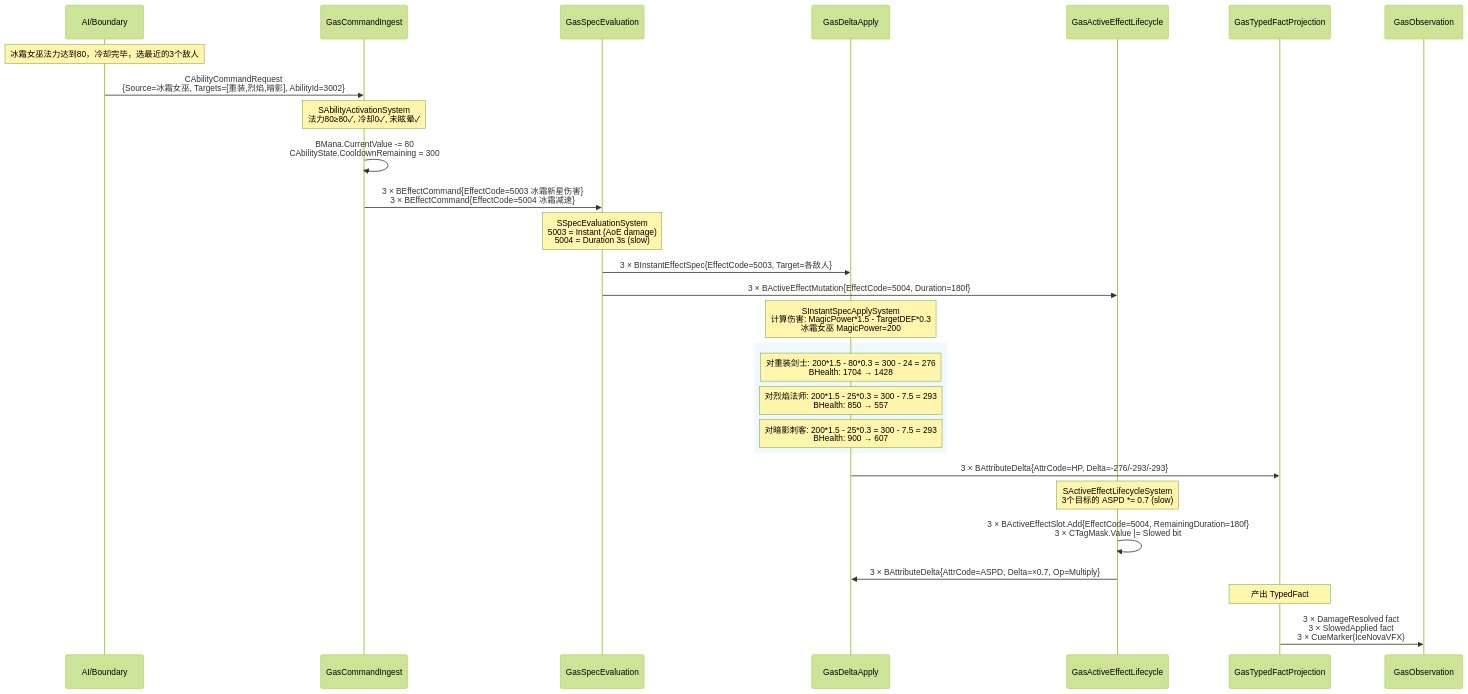
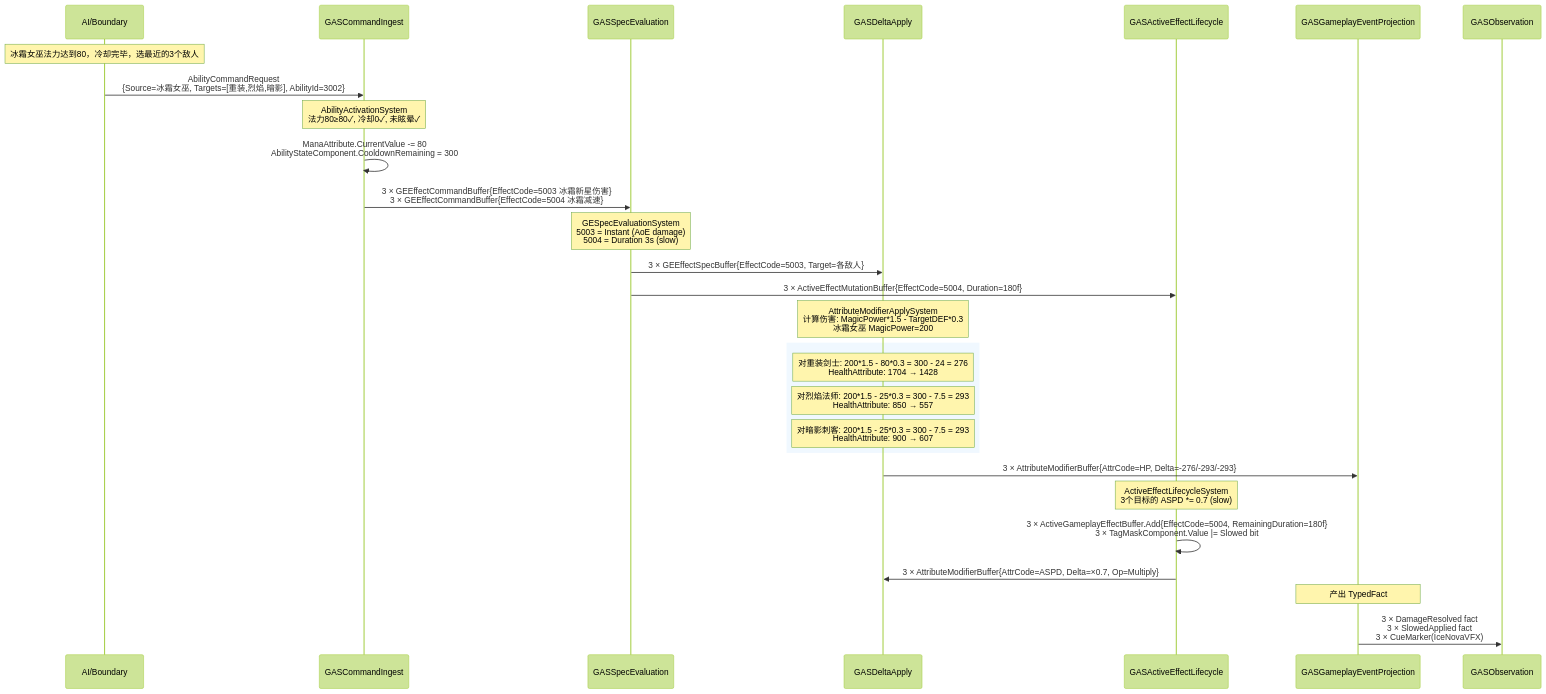
The second of 4 diagrams in 方案讨论/针对2.0的ECS架构的迭代方案讨论/当前路线/01-目标态架构共识/10B-AutoChess完整业务案例设计Spec.md (Bo-ki/gameplay-ability-system-for-unity), drawn with Mermaid (forest theme) before and after one commit. The commit also changed other lines of this file and 15 other files, not shown here.

````diff
--- a/方案讨论/针对2.0的ECS架构的迭代方案讨论/当前路线/01-目标态架构共识/10B-AutoChess完整业务案例设计Spec.md
+++ b/方案讨论/针对2.0的ECS架构的迭代方案讨论/当前路线/01-目标态架构共识/10B-AutoChess完整业务案例设计Spec.md
@@ -1888,39 +1888,39 @@
 ```mermaid
 sequenceDiagram
     participant AI as AI/Boundary
-    participant Ingest as GasCommandIngest
-    participant Spec as GasSpecEvaluation
-    participant Delta as GasDeltaApply
-    participant Lifecycle as GasActiveEffectLifecycle
-    participant Fact as GasTypedFactProjection
-    participant Obs as GasObservation
+    participant Ingest as GASCommandIngest
+    participant Spec as GASSpecEvaluation
+    participant Delta as GASDeltaApply
+    participant Lifecycle as GASActiveEffectLifecycle
+    participant Fact as GASGameplayEventProjection
+    participant Obs as GASObservation
 
     Note over AI: 冰霜女巫法力达到80，冷却完毕，选最近的3个敌人
-    AI->>Ingest: CAbilityCommandRequest<br/>{Source=冰霜女巫, Targets=[重装,烈焰,暗影], AbilityId=3002}
+    AI->>Ingest: AbilityCommandRequest<br/>{Source=冰霜女巫, Targets=[重装,烈焰,暗影], AbilityId=3002}
 
-    Note over Ingest: SAbilityActivationSystem<br/>法力80≥80✓, 冷却0✓, 未眩晕✓
-    Ingest->>Ingest: BMana.CurrentValue -= 80<br/>CAbilityState.CooldownRemaining = 300
-    Ingest->>Spec: 3 × BEffectCommand{EffectCode=5003 冰霜新星伤害}<br/>3 × BEffectCommand{EffectCode=5004 冰霜减速}
+    Note over Ingest: AbilityActivationSystem<br/>法力80≥80✓, 冷却0✓, 未眩晕✓
+    Ingest->>Ingest: ManaAttribute.CurrentValue -= 80<br/>AbilityStateComponent.CooldownRemaining = 300
+    Ingest->>Spec: 3 × GEEffectCommandBuffer{EffectCode=5003 冰霜新星伤害}<br/>3 × GEEffectCommandBuffer{EffectCode=5004 冰霜减速}
 
-    Note over Spec: SSpecEvaluationSystem<br/>5003 = Instant (AoE damage)<br/>5004 = Duration 3s (slow)
+    Note over Spec: GESpecEvaluationSystem<br/>5003 = Instant (AoE damage)<br/>5004 = Duration 3s (slow)
 
-    Spec->>Delta: 3 × BInstantEffectSpec{EffectCode=5003, Target=各敌人}
-    Spec->>Lifecycle: 3 × BActiveEffectMutation{EffectCode=5004, Duration=180f}
+    Spec->>Delta: 3 × GEEffectSpecBuffer{EffectCode=5003, Target=各敌人}
+    Spec->>Lifecycle: 3 × ActiveEffectMutationBuffer{EffectCode=5004, Duration=180f}
 
-    Note over Delta: SInstantSpecApplySystem<br/>计算伤害: MagicPower*1.5 - TargetDEF*0.3<br/>冰霜女巫 MagicPower=200
+    Note over Delta: AttributeModifierApplySystem<br/>计算伤害: MagicPower*1.5 - TargetDEF*0.3<br/>冰霜女巫 MagicPower=200
 
     rect rgb(240, 248, 255)
-        Note over Delta: 对重装剑士: 200*1.5 - 80*0.3 = 300 - 24 = 276<br/>BHealth: 1704 → 1428
-        Note over Delta: 对烈焰法师: 200*1.5 - 25*0.3 = 300 - 7.5 = 293<br/>BHealth: 850 → 557
-        Note over Delta: 对暗影刺客: 200*1.5 - 25*0.3 = 300 - 7.5 = 293<br/>BHealth: 900 → 607
+        Note over Delta: 对重装剑士: 200*1.5 - 80*0.3 = 300 - 24 = 276<br/>HealthAttribute: 1704 → 1428
+        Note over Delta: 对烈焰法师: 200*1.5 - 25*0.3 = 300 - 7.5 = 293<br/>HealthAttribute: 850 → 557
+        Note over Delta: 对暗影刺客: 200*1.5 - 25*0.3 = 300 - 7.5 = 293<br/>HealthAttribute: 900 → 607
     end
 
-    Delta->>Fact: 3 × BAttributeDelta{AttrCode=HP, Delta=-276/-293/-293}
+    Delta->>Fact: 3 × AttributeModifierBuffer{AttrCode=HP, Delta=-276/-293/-293}
 
-    Note over Lifecycle: SActiveEffectLifecycleSystem<br/>3个目标的 ASPD *= 0.7 (slow)
-    Lifecycle->>Lifecycle: 3 × BActiveEffectSlot.Add{EffectCode=5004, RemainingDuration=180f}<br/>3 × CTagMask.Value |= Slowed bit
-    Lifecycle->>Delta: 3 × BAttributeDelta{AttrCode=ASPD, Delta=×0.7, Op=Multiply}
+    Note over Lifecycle: ActiveEffectLifecycleSystem<br/>3个目标的 ASPD *= 0.7 (slow)
+    Lifecycle->>Lifecycle: 3 × ActiveGameplayEffectBuffer.Add{EffectCode=5004, RemainingDuration=180f}<br/>3 × TagMaskComponent.Value |= Slowed bit
+    Lifecycle->>Delta: 3 × AttributeModifierBuffer{AttrCode=ASPD, Delta=×0.7, Op=Multiply}
 
     Note over Fact: 产出 TypedFact
     Fact->>Obs: 3 × DamageResolved fact<br/>3 × SlowedApplied fact<br/>3 × CueMarker(IceNovaVFX)
 ```
````
